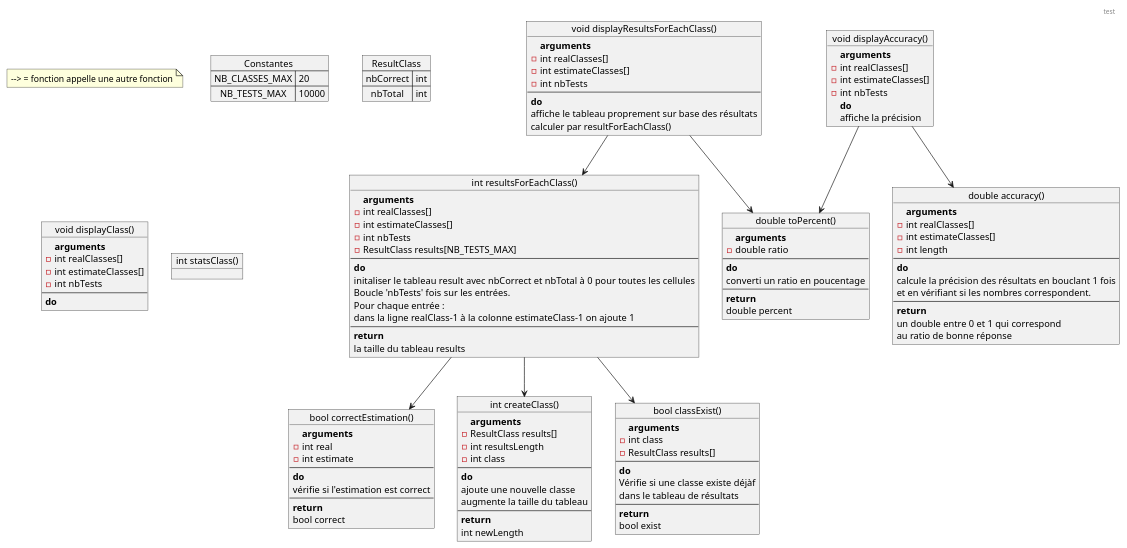
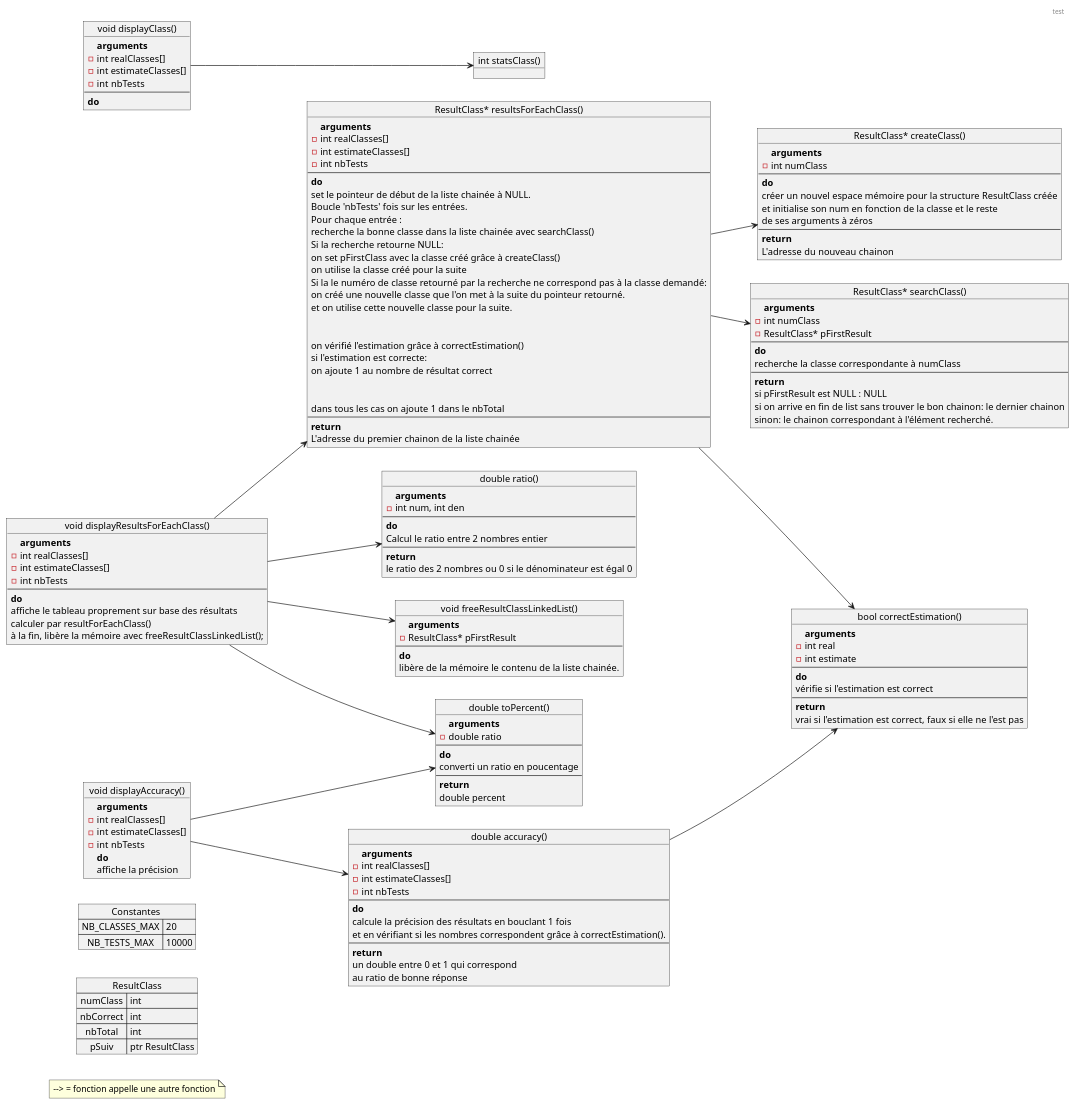
Before and after one commit to vsantele/IG2-PNDI: the diagram in schema.puml, drawn with PlantUML. The commit also changed 1 other file, not shown here.

```diff
--- a/schema.puml
+++ b/schema.puml
@@ -1,152 +1,196 @@
 @startuml programme
 header test
+left to right direction
+
+together {
+    
 note "--> = fonction appelle une autre fonction" as note1
 
 map "Constantes " as constantes {
     NB_CLASSES_MAX => 20
     NB_TESTS_MAX => 10000
 }
 
 
 map "ResultClass"  as resClas {
+    numClass => int
     nbCorrect => int
     nbTotal => int
+    pSuiv => ptr ResultClass
 }
 
+note1 -[hidden] constantes
+note1 -[hidden] resClas
+}
 ' Fonctions affichage
 object "void displayResultsForEachClass()" as drfec {
     **arguments**
     - int realClasses[]
     - int estimateClasses[]
     - int nbTests
     --
     **do**
     affiche le tableau proprement sur base des résultats
     calculer par resultForEachClass()
+    à la fin, libère la mémoire avec freeResultClassLinkedList();
 }
 
 object "void displayAccuracy()" as da {
     **arguments**
     - int realClasses[]
     - int estimateClasses[]
     - int nbTests
     **do**
     affiche la précision
 }
 
 object "void displayClass()" as dc {
     **arguments**
     - int realClasses[]
     - int estimateClasses[]
     - int nbTests
     --
     **do**
      
 }
 
 
 'Fonctions calcul
 
-object "int resultsForEachClass()" as main {
+object "ResultClass* resultsForEachClass()" as main {
     **arguments**
     - int realClasses[]
     - int estimateClasses[]
     - int nbTests
-    - ResultClass results[NB_TESTS_MAX]
     --
     **do**
-    initaliser le tableau result avec nbCorrect et nbTotal à 0 pour toutes les cellules
-
+    set le pointeur de début de la liste chainée à NULL.
     Boucle 'nbTests' fois sur les entrées.
-
     Pour chaque entrée :
-    dans la ligne realClass-1 à la colonne estimateClass-1 on ajoute 1
+    recherche la bonne classe dans la liste chainée avec searchClass()
+    Si la recherche retourne NULL:
+    on set pFirstClass avec la classe créé grâce à createClass()
+    on utilise la classe créé pour la suite
+    Si la le numéro de classe retourné par la recherche ne correspond pas à la classe demandé:
+    on créé une nouvelle classe que l'on met à la suite du pointeur retourné.
+    et on utilise cette nouvelle classe pour la suite.
+    \n
+    on vérifié l'estimation grâce à correctEstimation()
+    si l'estimation est correcte:
+    on ajoute 1 au nombre de résultat correct
+    \n
+    dans tous les cas on ajoute 1 dans le nbTotal
+    
     --
     **return**
-    la taille du tableau results
+    L'adresse du premier chainon de la liste chainée
 }
 
 object "bool correctEstimation()" as corEst {
     **arguments**
     - int real
     - int estimate
     --
     **do**
     vérifie si l'estimation est correct
     --
     **return**
-    bool correct
+    vrai si l'estimation est correct, faux si elle ne l'est pas
 }
 
 object "double toPercent()" as pct {
     **arguments**
     - double ratio
      --
     **do**
     converti un ratio en poucentage
     --
     **return**
     double percent
 }
 
+object "double ratio()" as ratio {
+    **arguments**
+    - int num, int den
+     --
+    **do**
+    Calcul le ratio entre 2 nombres entier
+    --
+    **return**
+    le ratio des 2 nombres ou 0 si le dénominateur est égal 0
+}
+
 
 'note left of creClass : Précondition:\nla classe n'existe pas\ndans result
 
-object "int createClass()" as creClass {
+object "ResultClass* createClass()" as creClass {
     **arguments**
-    - ResultClass results[]
-    - int resultsLength
-    - int class
+    - int numClass
     --
     **do**
-    ajoute une nouvelle classe
-    augmente la taille du tableau
+    créer un nouvel espace mémoire pour la structure ResultClass créée 
+    et initialise son num en fonction de la classe et le reste 
+    de ses arguments à zéros
     --
     **return**
-    int newLength
+    L'adresse du nouveau chainon
 }
 
-object "bool classExist()" as ce {
+object "ResultClass* searchClass()" as seaCla {
     **arguments**
-    - int class
-    - ResultClass results[]
+    - int numClass
+    - ResultClass* pFirstResult
     --
     **do**
-    Vérifie si une classe existe déjàf
-    dans le tableau de résultats
+    recherche la classe correspondante à numClass
+    
     --
     **return**
-    bool exist
+    si pFirstResult est NULL : NULL
+    si on arrive en fin de list sans trouver le bon chainon: le dernier chainon
+    sinon: le chainon correspondant à l'élément recherché.
 }
 
 object "double accuracy()" as acc {
     **arguments**
     - int realClasses[]
     - int estimateClasses[]
-    - int length
+    - int nbTests
     --
     **do**
     calcule la précision des résultats en bouclant 1 fois
-    et en vérifiant si les nombres correspondent.
+    et en vérifiant si les nombres correspondent grâce à correctEstimation().
     --
     **return**
     un double entre 0 et 1 qui correspond
     au ratio de bonne réponse
 }
 
 object "int statsClass()" as staCla {
     
 }
 
+object "void freeResultClassLinkedList()" as freeRCLL {
+    **arguments**
+    - ResultClass* pFirstResult
+    --
+    **do**
+    libère de la mémoire le contenu de la liste chainée.
+}
+
 ' Liens
 'main --> corEst
 main --> corEst
-main --> ce
+main --> seaCla
 main --> creClass
 drfec --> pct
 drfec --> main
+drfec --> ratio
 da --> acc
+acc --> corEst
 da --> pct
+drfec --> freeRCLL
+dc --> staCla
 ' note left of drfec: "bonjour"
 
 @enduml
```
